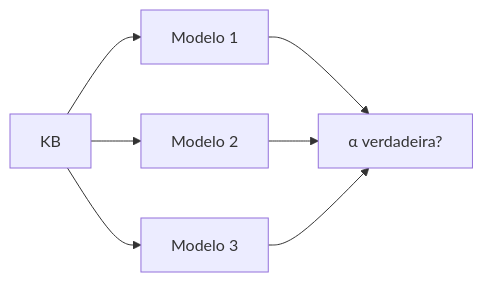
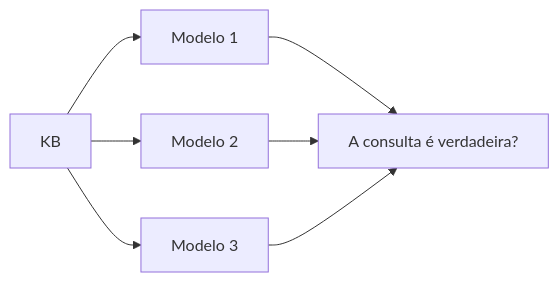
The fifth of 10 diagrams in notas/05-logica/README.md (tiagofga/EC-IA), drawn with Mermaid before and after one commit. The commit also changed other lines of this file, not shown here.

````diff
--- a/notas/05-logica/README.md
+++ b/notas/05-logica/README.md
@@ -163,9 +159,9 @@
 ```mermaid
 flowchart LR
-    K[KB] --> M1[Modelo 1]
-    K --> M2[Modelo 2]
-    K --> M3[Modelo 3]
-    M1 --> V[α verdadeira?]
+    K["KB"] --> M1["Modelo 1"]
+    K --> M2["Modelo 2"]
+    K --> M3["Modelo 3"]
+    M1 --> V["A consulta é verdadeira?"]
     M2 --> V
     M3 --> V
 ```
````
